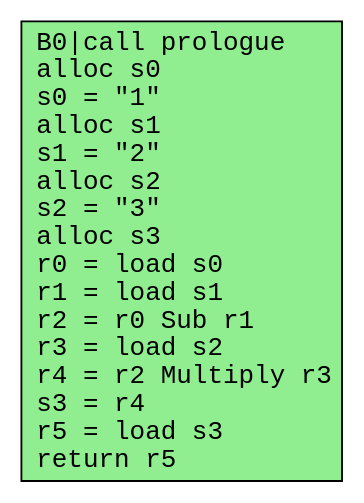
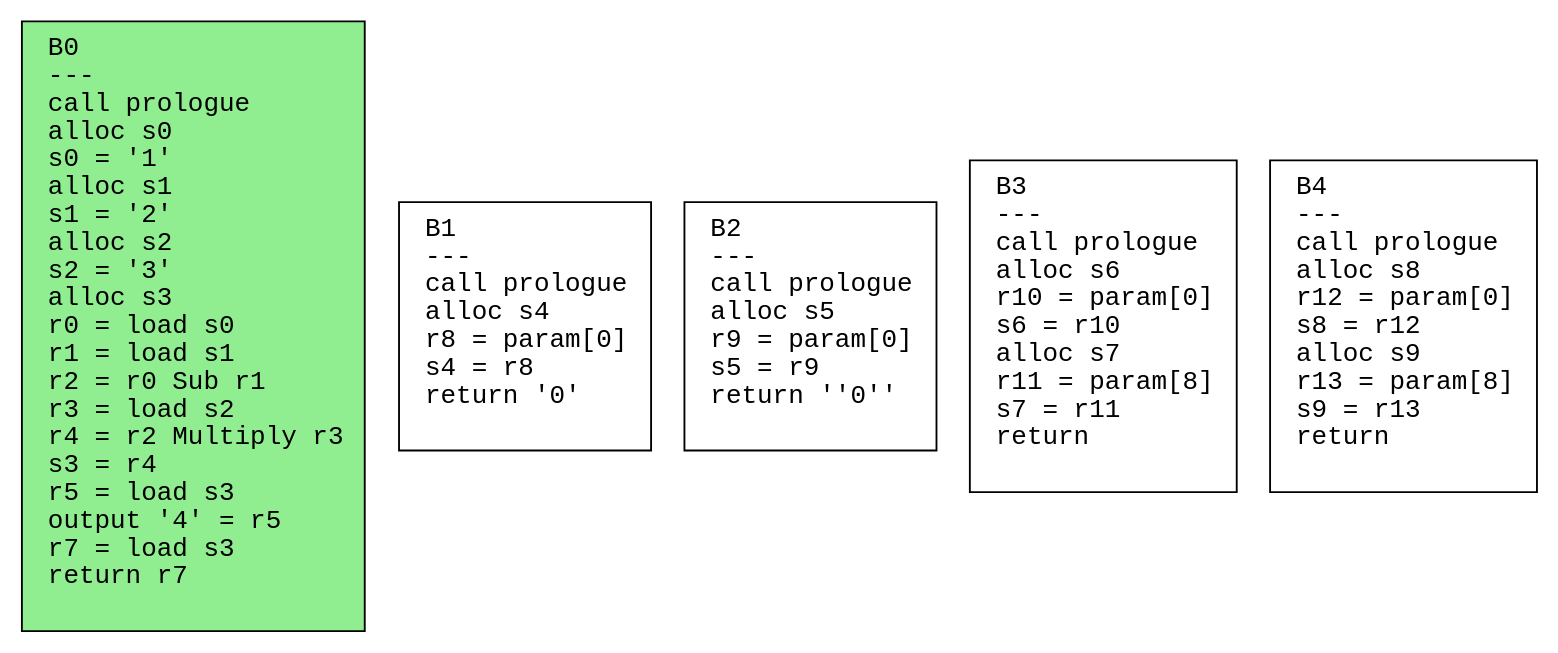
Before and after one commit to safarislava/ProcTranslator: the diagram in output/calc.dot, drawn with Graphviz. The commit also changed 38 other files, not shown here.

Commit message:
Fix control flow graph

```diff
--- a/output/calc.dot
+++ b/output/calc.dot
@@ -1,8 +1,12 @@
 digraph CFG {
   rankdir=TB;
-  node [shape=box, fontname="Courier"];
+  node [shape=box, fontname="Courier", style=filled, fillcolor=white, margin="0.2,0.1"];
   edge [fontname="Courier"];
 
-  B0 [label="B0|call prologue\lalloc s0\ls0 = \"1\"\lalloc s1\ls1 = \"2\"\lalloc s2\ls2 = \"3\"\lalloc s3\lr0 = load s0\lr1 = load s1\lr2 = r0 Sub r1\lr3 = load s2\lr4 = r2 Multiply r3\ls3 = r4\lr5 = load s3\lreturn r5\l"];
-  B0 [style=filled, fillcolor=lightgreen];
+  "B0" [label="B0\l---\lcall prologue\lalloc s0\ls0 = '1'\lalloc s1\ls1 = '2'\lalloc s2\ls2 = '3'\lalloc s3\lr0 = load s0\lr1 = load s1\lr2 = r0 Sub r1\lr3 = load s2\lr4 = r2 Multiply r3\ls3 = r4\lr5 = load s3\loutput '4' = r5\lr7 = load s3\lreturn r7\l "];
+  "B1" [label="B1\l---\lcall prologue\lalloc s4\lr8 = param[0]\ls4 = r8\lreturn '0'\l "];
+  "B2" [label="B2\l---\lcall prologue\lalloc s5\lr9 = param[0]\ls5 = r9\lreturn ''0''\l "];
+  "B3" [label="B3\l---\lcall prologue\lalloc s6\lr10 = param[0]\ls6 = r10\lalloc s7\lr11 = param[8]\ls7 = r11\lreturn\l "];
+  "B4" [label="B4\l---\lcall prologue\lalloc s8\lr12 = param[0]\ls8 = r12\lalloc s9\lr13 = param[8]\ls9 = r13\lreturn\l "];
+  "B0" [fillcolor=lightgreen];
 }
```
